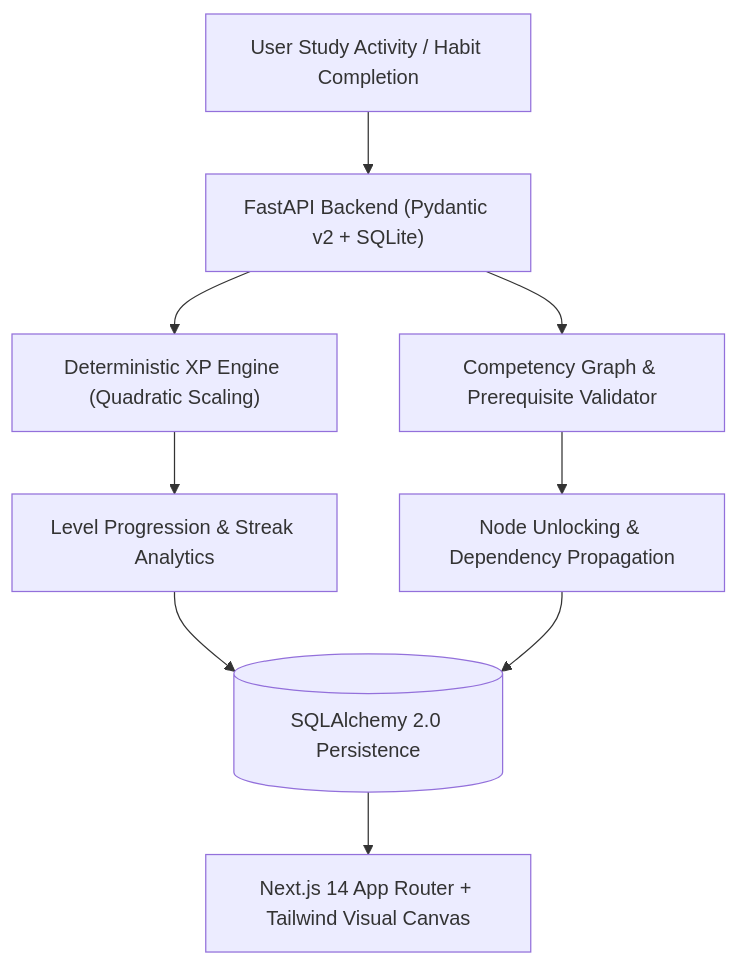
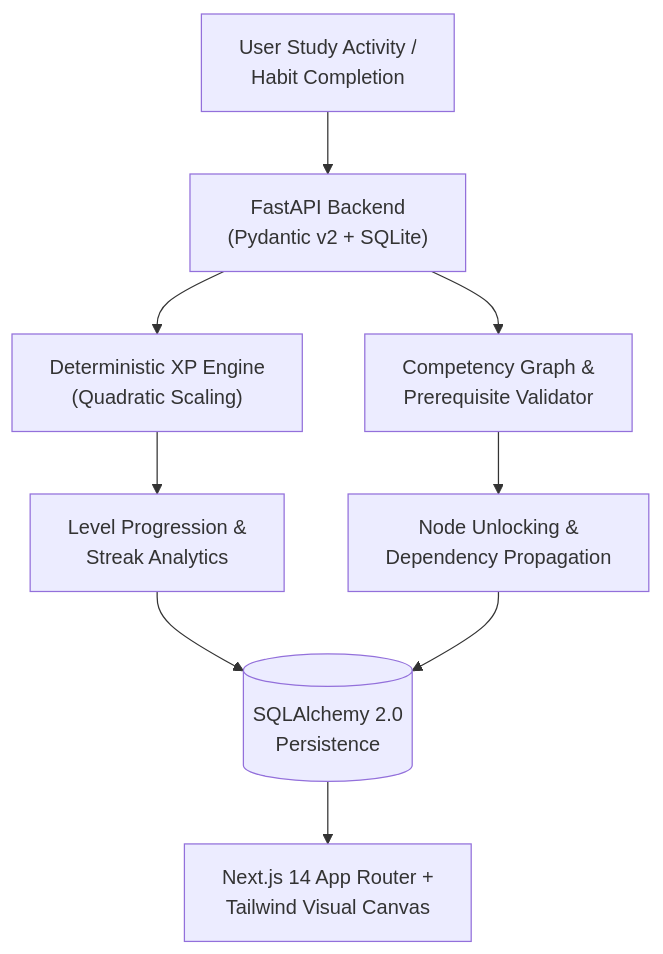
The diagram in README.md (ISBANDURAHUMAN-R/NEXORA), drawn with Mermaid before and after one commit.

Commit message:
docs: fix Mermaid diagram text visibility, wrapping and responsive layout

````diff
--- a/README.md
+++ b/README.md
@@ -12,11 +12,11 @@
 ```mermaid
 flowchart TD
-    User["User Study Activity / Habit Completion"] --> API["FastAPI Backend (Pydantic v2 + SQLite)"]
-    API --> XP["Deterministic XP Engine (Quadratic Scaling)"]
-    API --> Graph["Competency Graph & Prerequisite Validator"]
-    XP --> Level["Level Progression & Streak Analytics"]
-    Graph --> Unlocks["Node Unlocking & Dependency Propagation"]
-    Level --> DB[(SQLAlchemy 2.0 Persistence)]
+    User["User Study Activity /<br/>Habit Completion"] --> API["FastAPI Backend<br/>(Pydantic v2 + SQLite)"]
+    API --> XP["Deterministic XP Engine<br/>(Quadratic Scaling)"]
+    API --> Graph["Competency Graph &amp;<br/>Prerequisite Validator"]
+    XP --> Level["Level Progression &amp;<br/>Streak Analytics"]
+    Graph --> Unlocks["Node Unlocking &amp;<br/>Dependency Propagation"]
+    Level --> DB[("SQLAlchemy 2.0<br/>Persistence")]
     Unlocks --> DB
-    DB --> UI["Next.js 14 App Router + Tailwind Visual Canvas"]
+    DB --> UI["Next.js 14 App Router +<br/>Tailwind Visual Canvas"]
 ```
````
